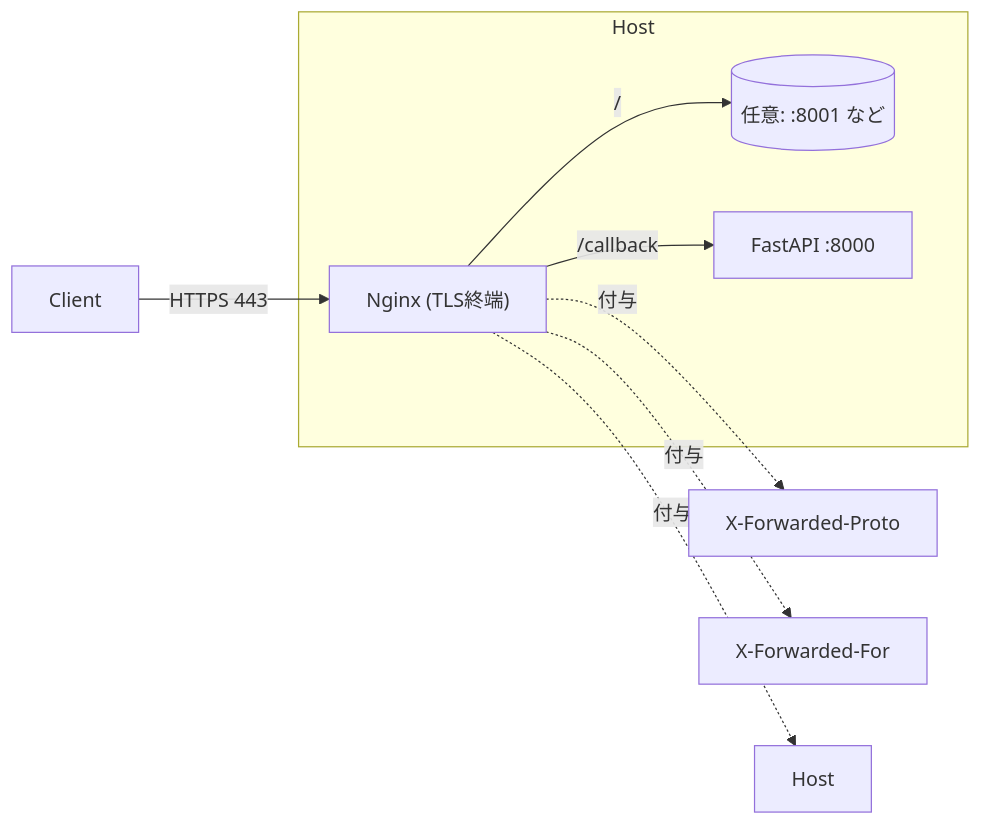
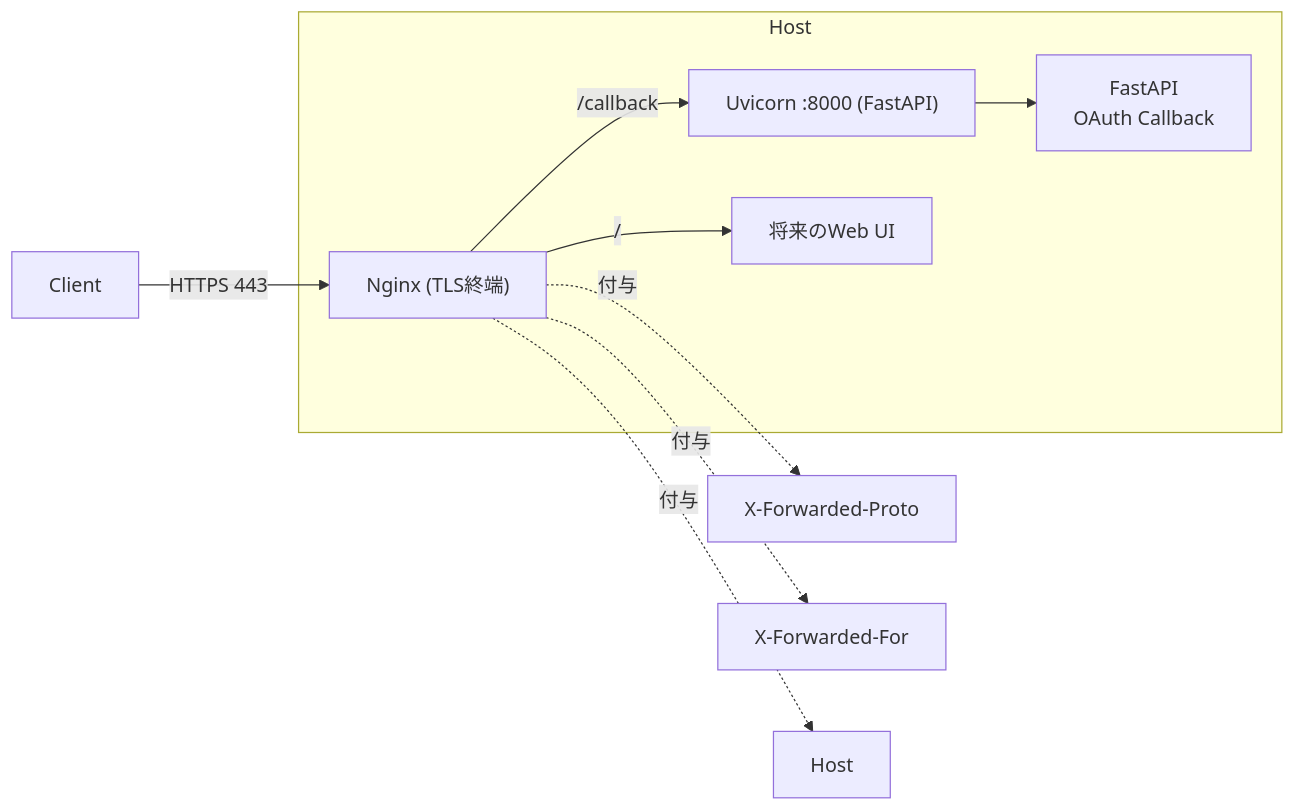
Before and after one commit to NAKANORyunosuke/NAKANORyunosuke.github.io: the diagram in _projects/twitch-discord-bot.md, drawn with Mermaid. The commit also changed other lines of this file, not shown here.

```diff
--- a/_projects/twitch-discord-bot.md
+++ b/_projects/twitch-discord-bot.md
@@ -84,16 +61,18 @@
 <div class="mermaid" markdown="0">
 flowchart LR
   C[Client] -->|HTTPS 443| N["Nginx (TLS終端)"];
-  N -->|/| W["将来のWeb UI / 静的配信 など"];
-  N -->|/callback| A["FastAPI :8000"];
+  N -->|/callback| U["Uvicorn :8000 (FastAPI)"];
+  U --> F["FastAPI<br/>OAuth Callback"];
+  N -->|/| W["将来のWeb UI"];
 
   subgraph Host
     N
-    A
-    W[(任意: :8001 など)]
+    U
+    F
+    W
   end
 
   N -.付与.-> H1[X-Forwarded-Proto];
   N -.付与.-> H2[X-Forwarded-For];
   N -.付与.-> H3[Host];
 </div>
```
